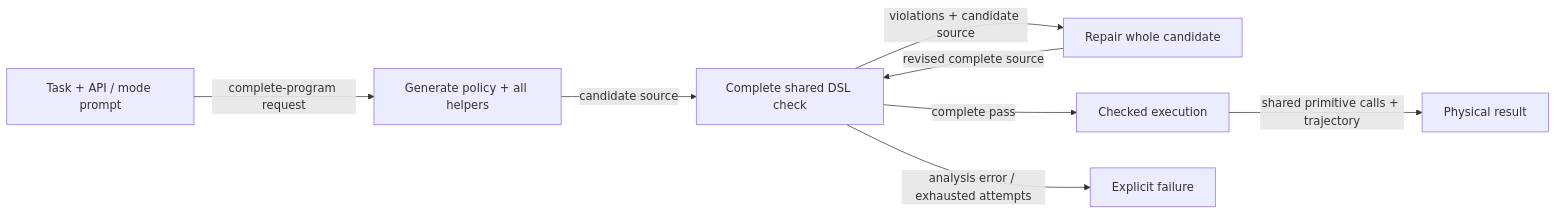
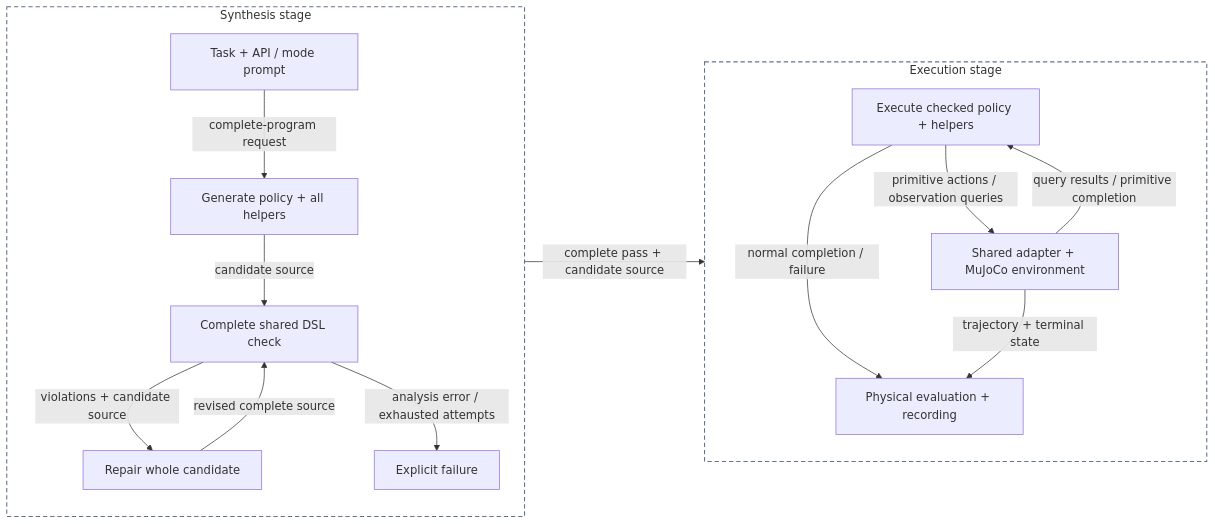
Before and after one commit to RU-Automated-Reasoning-Group/RoboVerify: the third of 3 diagrams in roboverify/synthesis/cap/docs/progress_report_Oct15-19.md, drawn with Mermaid. The commit also changed other lines of this file, not shown here.

Commit message:
docs(cap): show policy environment feedback and stage boundaries

````diff
--- a/roboverify/synthesis/cap/docs/progress_report_Oct15-19.md
+++ b/roboverify/synthesis/cap/docs/progress_report_Oct15-19.md
@@ -150,10 +177,21 @@
 ```mermaid
 flowchart LR
-    I["Task + API / mode prompt"] -->|"complete-program request"| G["Generate policy + all helpers"]
-    G -->|"candidate source"| C["Complete shared DSL check"]
-    C -->|"violations + candidate source"| R["Repair whole candidate"]
-    R -->|"revised complete source"| C
-    C -->|"complete pass"| E["Checked execution"]
-    E -->|"shared primitive calls + trajectory"| S["Physical result"]
-    C -->|"analysis error / exhausted attempts"| F["Explicit failure"]
+    subgraph SYN["Synthesis stage"]
+        direction TB
+        I["Task + API / mode prompt"] -->|"complete-program request"| G["Generate policy + all helpers"]
+        G -->|"candidate source"| C["Complete shared DSL check"]
+        C -->|"violations + candidate source"| R["Repair whole candidate"]
+        R -->|"revised complete source"| C
+        C -->|"analysis error / exhausted attempts"| F["Explicit failure"]
+    end
+    subgraph RUN["Execution stage"]
+        direction TB
+        E["Execute checked policy + helpers"] -->|"primitive actions / observation queries"| ENV["Shared adapter + MuJoCo environment"]
+        ENV -->|"query results / primitive completion"| E
+        E -->|"normal completion / failure"| OUT["Physical evaluation + recording"]
+        ENV -->|"trajectory + terminal state"| OUT
+    end
+    C -->|"complete pass + candidate source"| E
+    style SYN fill:none,stroke:#64748b,stroke-width:1.5px,stroke-dasharray:6 4
+    style RUN fill:none,stroke:#64748b,stroke-width:1.5px,stroke-dasharray:6 4
 ```
````
